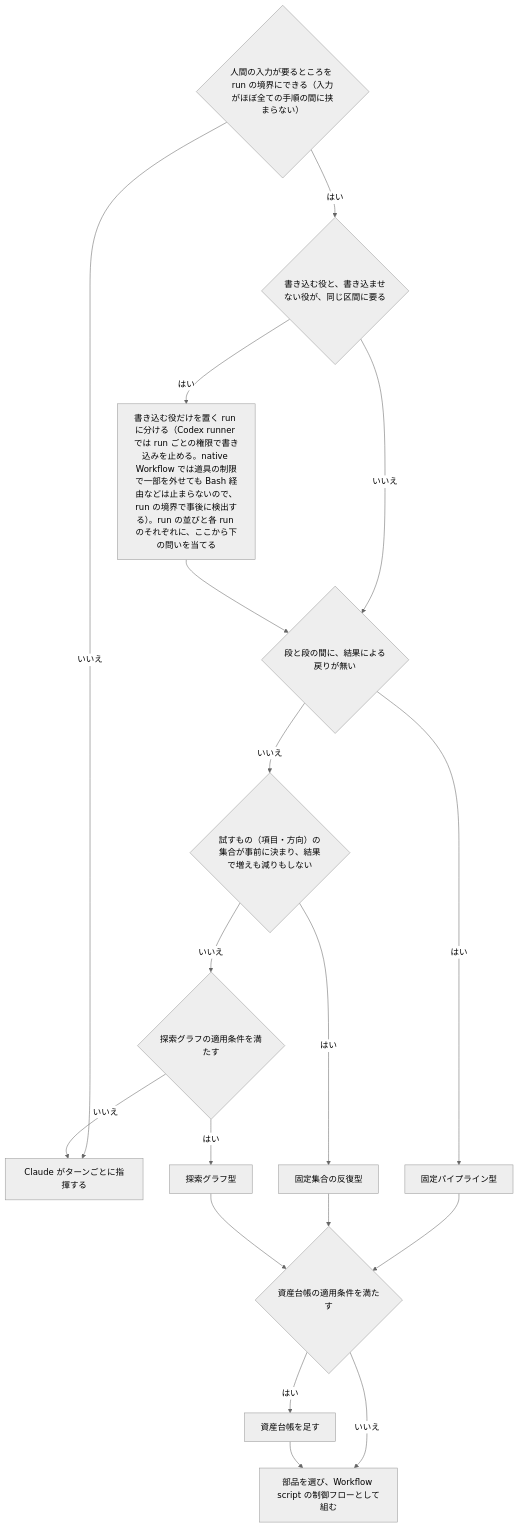
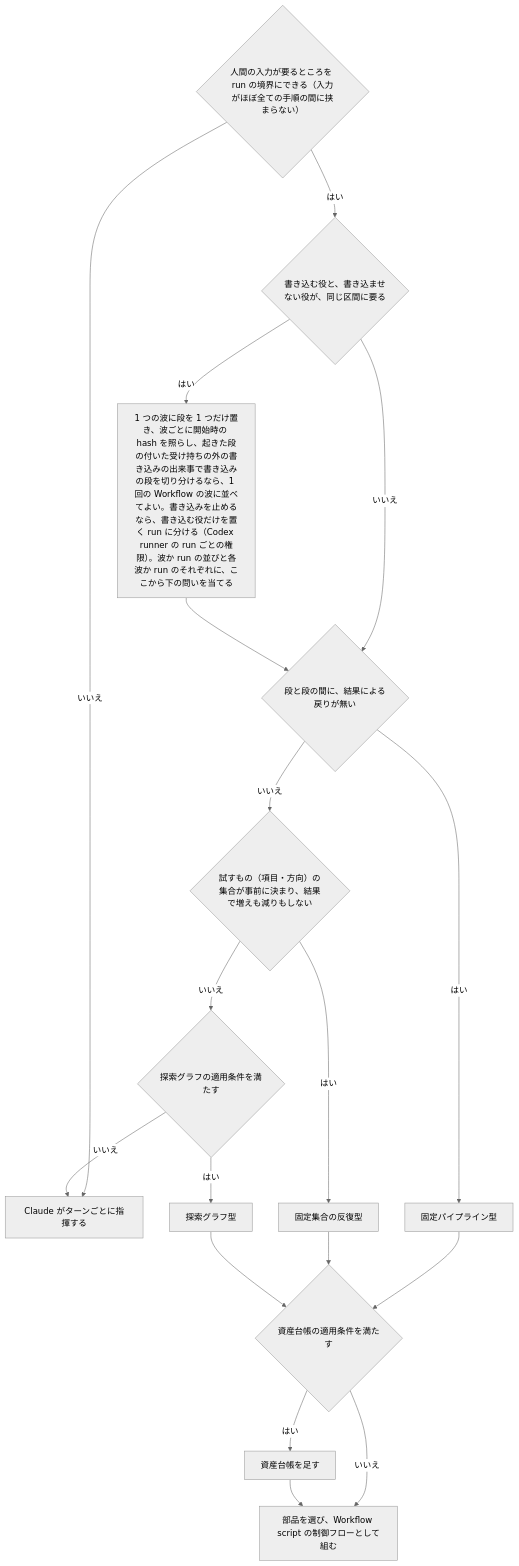
Before and after one commit to yoshiysh/claude-plugins: the second of 3 diagrams in docs/design/skill-design-patterns.md, drawn with Mermaid (neutral theme). The commit also changed other lines of this file and 61 other files, not shown here.

````diff
--- a/docs/design/skill-design-patterns.md
+++ b/docs/design/skill-design-patterns.md
@@ -114,20 +115,20 @@
 ```mermaid
 flowchart TD
   A{"人間の入力が要るところを run の境界にできる（入力がほぼ全ての手順の間に挟まらない）"} -- いいえ --> T["Claude がターンごとに指揮する"]
   A -- はい --> W{"書き込む役と、書き込ませない役が、同じ区間に要る"}
-  W -- はい --> R["書き込む役だけを置く run に分ける（Codex runner では run ごとの権限で書き込みを止める。native Workflow では道具の制限で一部を外せても Bash 経由などは止まらないので、run の境界で事後に検出する）。run の並びと各 run のそれぞれに、ここから下の問いを当てる"]
+  W -- はい --> R["1 つの波に段を 1 つだけ置き、波ごとに開始時の hash を照らし、起きた段の付いた受け持ちの外の書き込みの出来事で書き込みの段を切り分けるなら、1 回の Workflow の波に並べてよい。書き込みを止めるなら、書き込む役だけを置く run に分ける（Codex runner の run ごとの権限）。波か run の並びと各波か run のそれぞれに、ここから下の問いを当てる"]
   W -- いいえ --> Q1{"段と段の間に、結果による戻りが無い"}
   R --> Q1
   Q1 -- はい --> P["固定パイプライン型"]
   Q1 -- いいえ --> Q2{"試すもの（項目・方向）の集合が事前に決まり、結果で増えも減りもしない"}
   Q2 -- はい --> GV["固定集合の反復型"]
   Q2 -- いいえ --> Q3{"探索グラフの適用条件を満たす"}
   Q3 -- はい --> G["探索グラフ型"]
   Q3 -- いいえ --> T
   P --> Q4{"資産台帳の適用条件を満たす"}
   GV --> Q4
   G --> Q4
   Q4 -- はい --> L["資産台帳を足す"]
   Q4 -- いいえ --> S
   L --> S["部品を選び、Workflow script の制御フローとして組む"]
 ```
````
